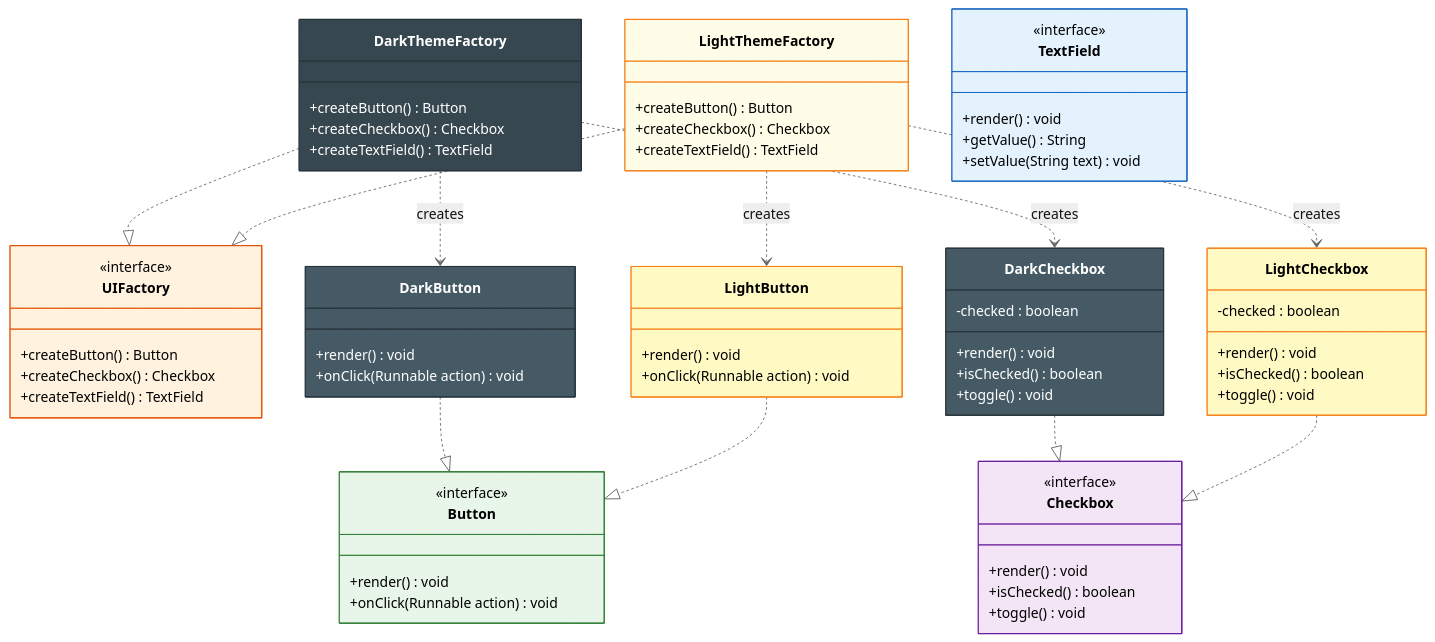
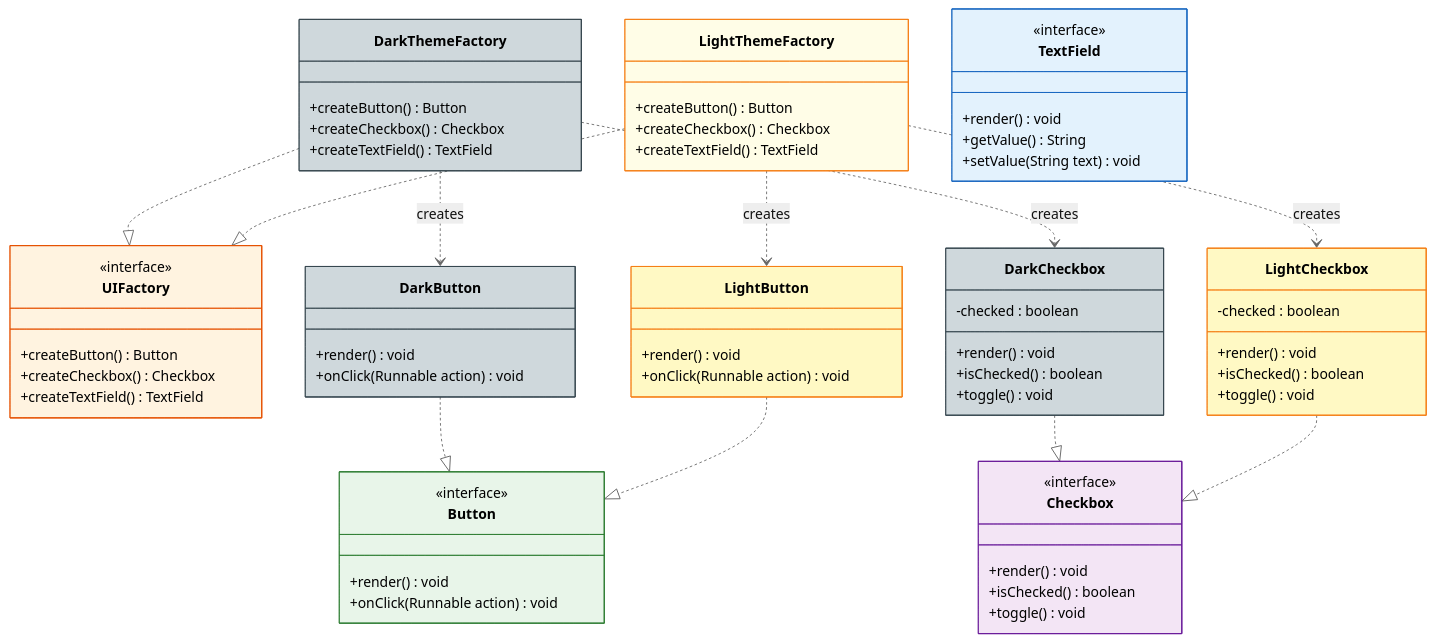
One commit to saivamsikaruturi/vamsilabs-dev-notes-main changed the third of 3 diagrams in docs/designpatterns/creationalDesignPatterns/AbstractFactoryDesignPattern.md. Above: the diagram before and after it, drawn with Mermaid (neutral theme). The commit also changed other lines of this file and 42 other files, not shown here.

````diff
--- a/docs/designpatterns/creationalDesignPatterns/AbstractFactoryDesignPattern.md
+++ b/docs/designpatterns/creationalDesignPatterns/AbstractFactoryDesignPattern.md
@@ -71,78 +56,78 @@
 ```mermaid
 classDiagram
     class UIFactory {
         <<interface>>
         +createButton() Button
         +createCheckbox() Checkbox
         +createTextField() TextField
     }
     class DarkThemeFactory {
         +createButton() Button
         +createCheckbox() Checkbox
         +createTextField() TextField
     }
     class LightThemeFactory {
         +createButton() Button
         +createCheckbox() Checkbox
         +createTextField() TextField
     }
     class Button {
         <<interface>>
         +render() void
         +onClick(Runnable action) void
     }
     class Checkbox {
         <<interface>>
         +render() void
         +isChecked() boolean
         +toggle() void
     }
     class TextField {
         <<interface>>
         +render() void
         +getValue() String
         +setValue(String text) void
     }
     class DarkButton {
         +render() void
         +onClick(Runnable action) void
     }
     class LightButton {
         +render() void
         +onClick(Runnable action) void
     }
     class DarkCheckbox {
         -checked : boolean
         +render() void
         +isChecked() boolean
         +toggle() void
     }
     class LightCheckbox {
         -checked : boolean
         +render() void
         +isChecked() boolean
         +toggle() void
     }
 
     DarkThemeFactory ..|> UIFactory
     LightThemeFactory ..|> UIFactory
     DarkButton ..|> Button
     LightButton ..|> Button
     DarkCheckbox ..|> Checkbox
     LightCheckbox ..|> Checkbox
     DarkThemeFactory ..> DarkButton : creates
     DarkThemeFactory ..> DarkCheckbox : creates
     LightThemeFactory ..> LightButton : creates
     LightThemeFactory ..> LightCheckbox : creates
 
     style UIFactory fill:#FFF3E0,stroke:#E65100,color:#000
-    style DarkThemeFactory fill:#37474F,stroke:#263238,color:#FFF
+    style DarkThemeFactory fill:#CFD8DC,stroke:#37474F,color:#000
     style LightThemeFactory fill:#FFFDE7,stroke:#F57F17,color:#000
     style Button fill:#E8F5E9,stroke:#2E7D32,color:#000
     style Checkbox fill:#F3E5F5,stroke:#6A1B9A,color:#000
     style TextField fill:#E3F2FD,stroke:#1565C0,color:#000
-    style DarkButton fill:#455A64,stroke:#263238,color:#FFF
+    style DarkButton fill:#CFD8DC,stroke:#37474F,color:#000
     style LightButton fill:#FFF9C4,stroke:#F57F17,color:#000
-    style DarkCheckbox fill:#455A64,stroke:#263238,color:#FFF
+    style DarkCheckbox fill:#CFD8DC,stroke:#37474F,color:#000
     style LightCheckbox fill:#FFF9C4,stroke:#F57F17,color:#000
 ```
````
